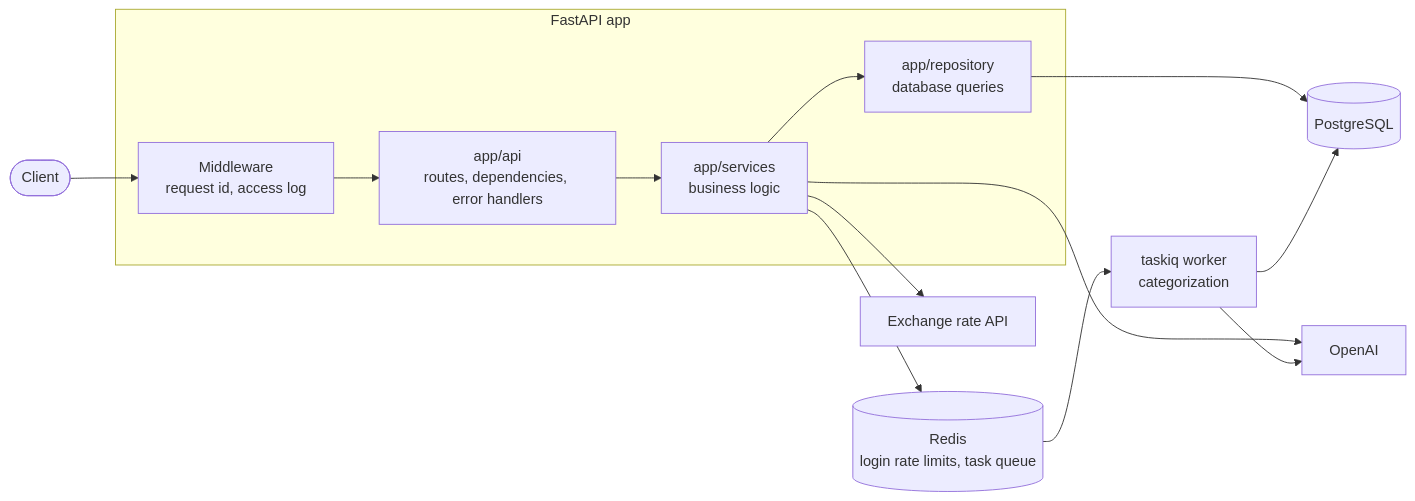
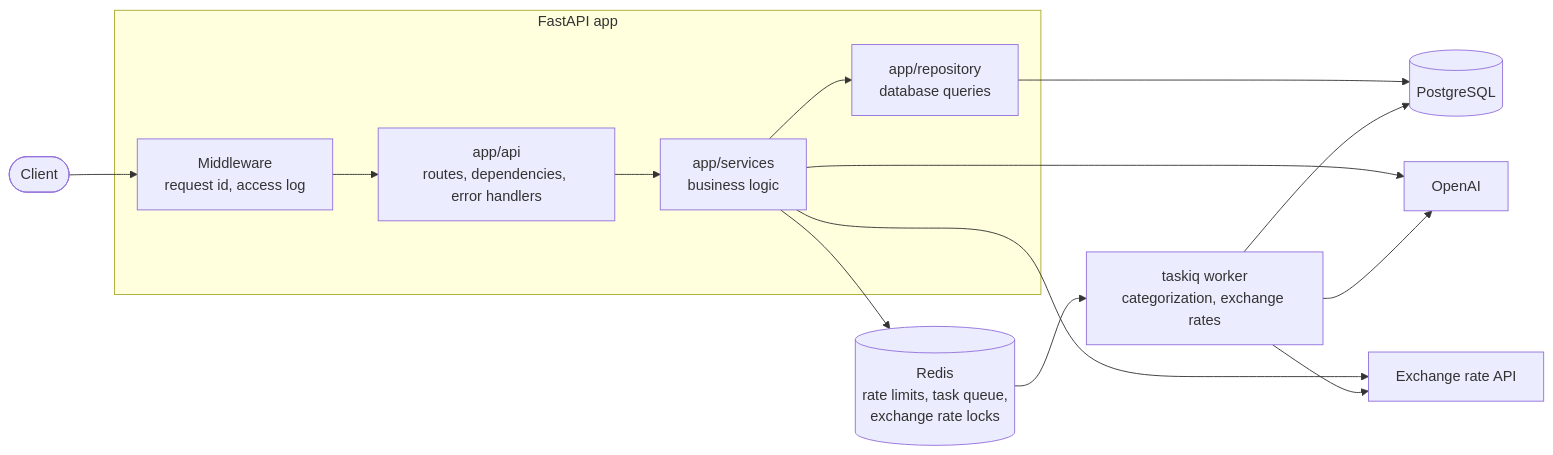
Before and after one commit to AntipinVlad/smart-wallet: the diagram in README.md, drawn with Mermaid. The commit also changed other lines of this file and 39 other files, not shown here.

````diff
--- a/README.md
+++ b/README.md
@@ -49,25 +53,26 @@
 ```mermaid
 flowchart LR
     client(["Client"])
     subgraph app["FastAPI app"]
         mw["Middleware<br/>request id, access log"]
         api["app/api<br/>routes, dependencies, error handlers"]
         services["app/services<br/>business logic"]
         repo["app/repository<br/>database queries"]
         mw --> api --> services --> repo
     end
     pg[("PostgreSQL")]
-    redis[("Redis<br/>login rate limits, task queue")]
+    redis[("Redis<br/>rate limits, task queue,<br/>exchange rate locks")]
     fx["Exchange rate API"]
-    worker["taskiq worker<br/>categorization"]
+    worker["taskiq worker<br/>categorization, exchange rates"]
     ai["OpenAI"]
 
     client --> mw
     repo --> pg
     services --> redis
     services --> fx
     services --> ai
     redis --> worker
     worker --> ai
+    worker --> fx
     worker --> pg
 ```
````
